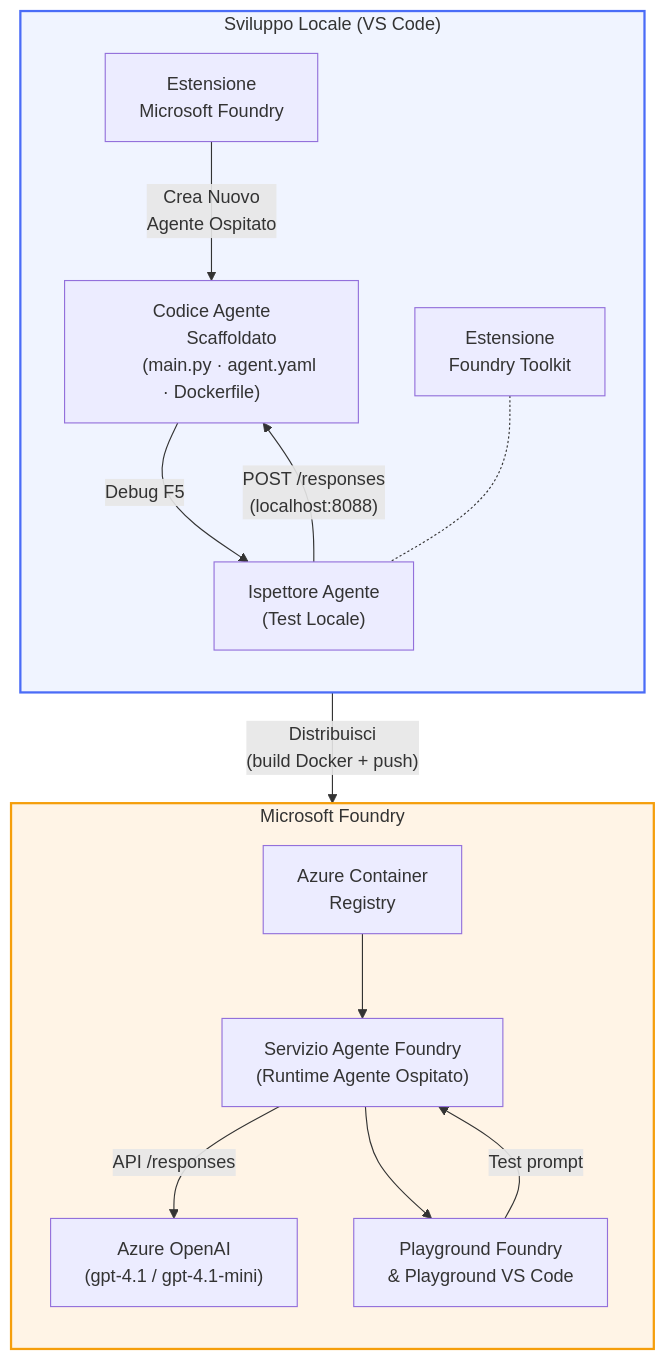
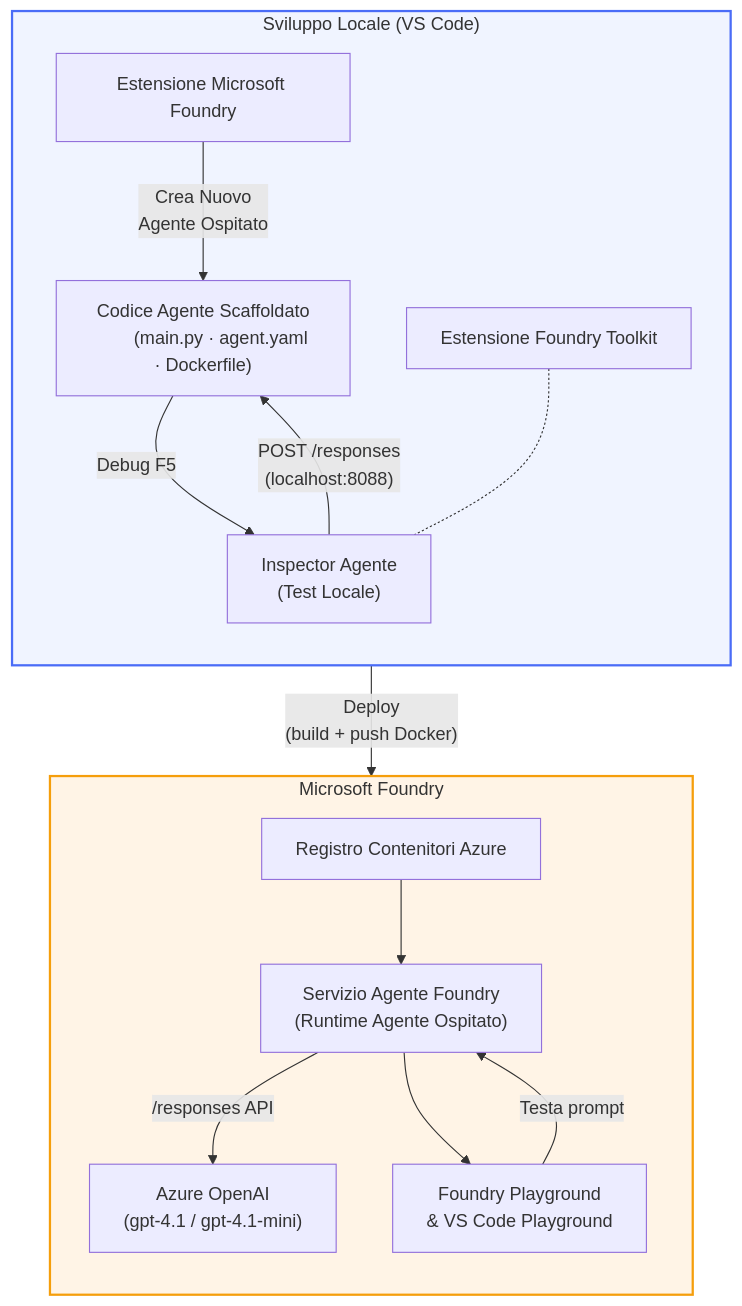
Before and after one commit to microsoft-foundry/Foundry_Toolkit_for_VSCode_Lab: the diagram in translations/it/README.md, drawn with Mermaid. The commit also changed other lines of this file and 110 other files, not shown here.

````diff
--- a/translations/it/README.md
+++ b/translations/it/README.md
@@ -48,43 +52,39 @@
 ```mermaid
 flowchart TB
     subgraph Local["Sviluppo Locale (VS Code)"]
         direction TB
-        FE["Estensione
-        Microsoft Foundry"]
-        FoundryToolkit["Estensione
-        Foundry Toolkit"]
-        Scaffold["Codice Agente
-        Scaffoldato
+        FE["Estensione Microsoft Foundry"]
+        FoundryToolkit["Estensione Foundry Toolkit"]
+        Scaffold["Codice Agente Scaffoldato
         (main.py · agent.yaml · Dockerfile)"]
-        Inspector["Ispettore Agente
+        Inspector["Inspector Agente
         (Test Locale)"]
         FE -- "Crea Nuovo
         Agente Ospitato" --> Scaffold
         Scaffold -- "Debug F5" --> Inspector
         FoundryToolkit -.- Inspector
     end
 
     subgraph Cloud["Microsoft Foundry"]
         direction TB
-        ACR["Azure Container
-        Registry"]
+        ACR["Registro Contenitori Azure"]
         AgentService["Servizio Agente Foundry
         (Runtime Agente Ospitato)"]
         Model["Azure OpenAI
         (gpt-4.1 / gpt-4.1-mini)"]
-        Playground["Playground Foundry
-        & Playground VS Code"]
+        Playground["Foundry Playground
+        & VS Code Playground"]
         ACR --> AgentService
-        AgentService -- "API /responses" --> Model
+        AgentService -- "/responses API" --> Model
         AgentService --> Playground
     end
 
-    Scaffold -- "Distribuisci
-    (build Docker + push)" --> ACR
+    Scaffold -- "Deploy
+    (build + push Docker)" --> ACR
     Inspector -- "POST /responses
     (localhost:8088)" --> Scaffold
-    Playground -- "Test prompt" --> AgentService
+    Playground -- "Testa prompt" --> AgentService
 
     style Local fill:#f0f4ff,stroke:#4a6cf7,stroke-width:2px
     style Cloud fill:#fff4e6,stroke:#f59e0b,stroke-width:2px
 ```
````
